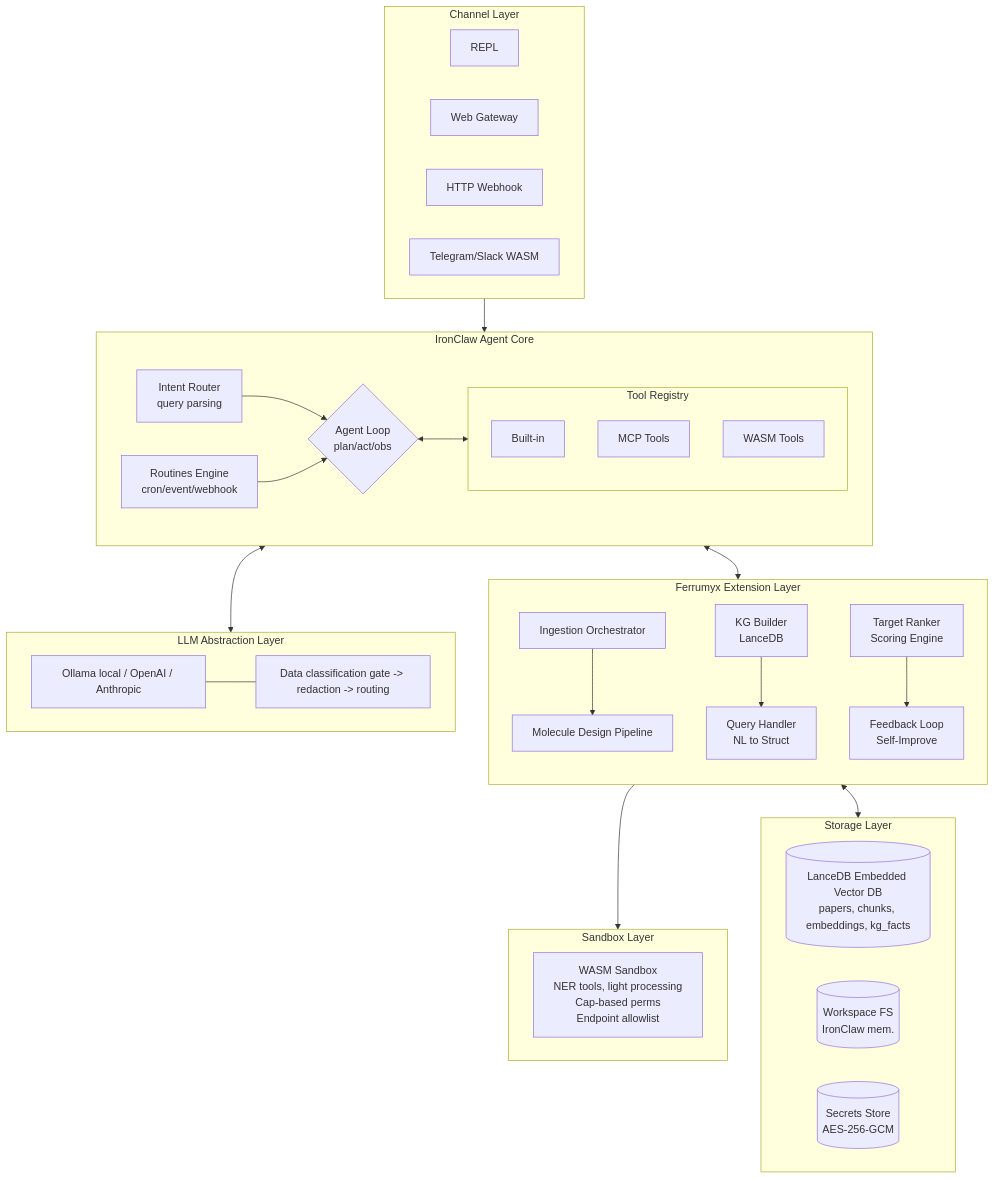
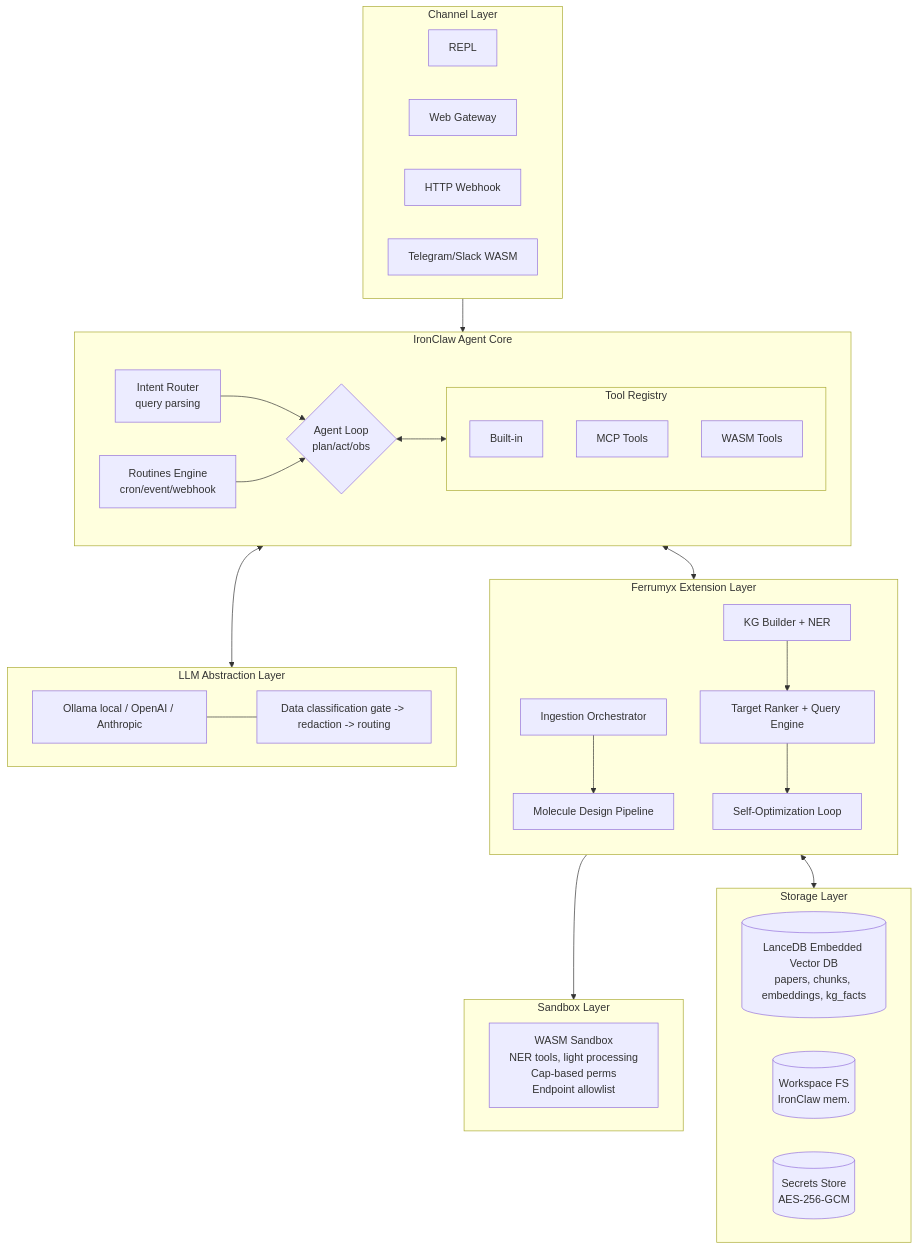
The first of 11 diagrams in ARCHITECTURE.md (Classacre/ferrumyx), drawn with Mermaid before and after one commit. The commit also changed other lines of this file and 1355 other files, not shown here.

````diff
--- a/ARCHITECTURE.md
+++ b/ARCHITECTURE.md
@@ -35,75 +35,74 @@
 ```mermaid
 flowchart TD
     %% Styling
     classDef layerBox fill:transparent,stroke:#5c6bc0,stroke-width:2px,stroke-dasharray: 5 5
     classDef coreBox fill:#1e1e24,stroke:#4fc3f7,stroke-width:2px
     classDef extBox fill:#1e1e24,stroke:#81c784,stroke-width:2px
     classDef dbBox fill:#1e1e24,stroke:#ffb74d,stroke-width:2px
 
     subgraph ChannelLayer [Channel Layer]
         C1[REPL]
         C2[Web Gateway]
         C3[HTTP Webhook]
         C4[Telegram/Slack WASM]
     end
     class ChannelLayer layerBox
 
     subgraph IronClawCore [IronClaw Agent Core]
         IC1[Intent Router<br/>query parsing]
         IC2{Agent Loop<br/>plan/act/obs}
         IC3[Routines Engine<br/>cron/event/webhook]
         
         subgraph ToolRegistry [Tool Registry]
             TR1[Built-in]
             TR2[MCP Tools]
             TR3[WASM Tools]
         end
         
         IC1 --> IC2
         IC2 <--> ToolRegistry
         IC3 --> IC2
     end
     class IronClawCore coreBox
 
     subgraph FerrumyxExt [Ferrumyx Extension Layer]
         direction TB
         F1[Ingestion Orchestrator]
-        F2[KG Builder<br/>LanceDB]
-        F3[Target Ranker<br/>Scoring Engine]
+        F2[KG Builder + NER]
+        F3[Target Ranker + Query Engine]
         
         F4[Molecule Design Pipeline]
-        F5[Query Handler<br/>NL to Struct]
-        F6[Feedback Loop<br/>Self-Improve]
+        F5[Self-Optimization Loop]
         
         F1 --> F4
-        F2 --> F5
-        F3 --> F6
+        F2 --> F3
+        F3 --> F5
     end
     class FerrumyxExt extBox
 
     subgraph SandboxLayer [Sandbox Layer]
         S1[WASM Sandbox<br/>NER tools, light processing<br/>Cap-based perms<br/>Endpoint allowlist]
     end
     class SandboxLayer layerBox
 
     subgraph StorageLayer [Storage Layer]
         DB1[(LanceDB Embedded Vector DB<br/>papers, chunks, embeddings, kg_facts)]
         DB2[(Workspace FS<br/>IronClaw mem.)]
         DB3[(Secrets Store<br/>AES-256-GCM)]
     end
     class StorageLayer dbBox
 
     subgraph LLMLayer [LLM Abstraction Layer]
         L1[Ollama local / OpenAI / Anthropic]
         L2[Data classification gate -> redaction -> routing]
         L1 --- L2
     end
     class LLMLayer layerBox
 
     %% Connections
     ChannelLayer --> IronClawCore
     IronClawCore <--> FerrumyxExt
     FerrumyxExt --> SandboxLayer
     FerrumyxExt <--> StorageLayer
     IronClawCore <--> LLMLayer
 ```
````
